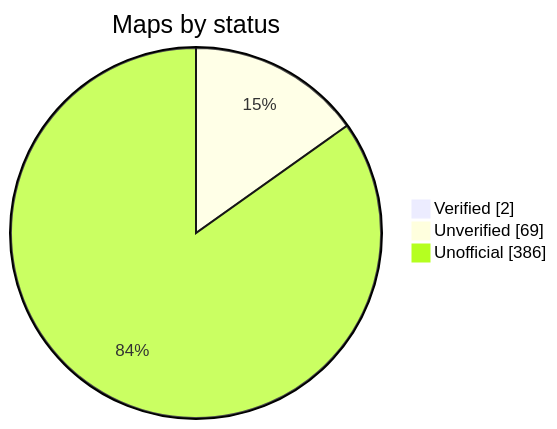
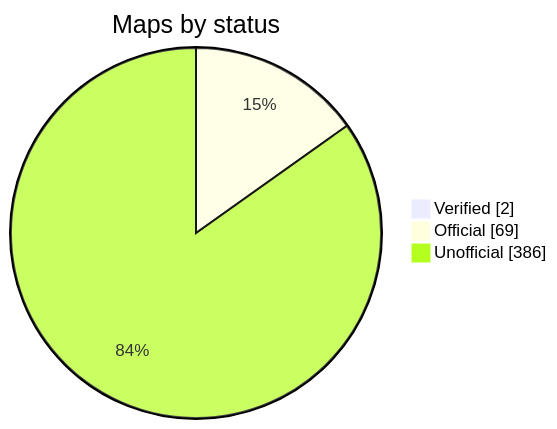
Before and after one commit to nobrega8/mbmap-library: the diagram in README.md, drawn with Mermaid. The commit also changed other lines of this file and 73 other files, not shown here.

First line of the commit message:
Rename the unverified status to official

````diff
--- a/README.md
+++ b/README.md
@@ -47,7 +47,7 @@
 ```mermaid
 pie showData
     title Maps by status
     "Verified" : 2
-    "Unverified" : 69
+    "Official" : 69
     "Unofficial" : 386
 ```
````
